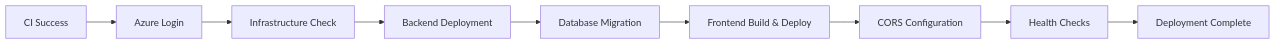
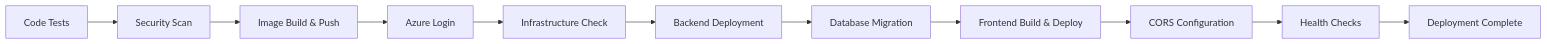
One commit to efeyenice/flame-intro changed the diagram in README.md. Above: the diagram before and after it, drawn with Mermaid. The commit also changed other lines of this file and 1 other file, not shown here.

````diff
--- a/README.md
+++ b/README.md
@@ -81,11 +90,13 @@
 ```mermaid
 graph LR
-    A[CI Success] --> B[Azure Login]
-    B --> C[Infrastructure Check]
-    C --> D[Backend Deployment]
-    D --> E[Database Migration]
-    E --> F[Frontend Build & Deploy]
-    F --> G[CORS Configuration]
-    G --> H[Health Checks]
-    H --> I[Deployment Complete]
+    A[Code Tests] --> B[Security Scan]
+    B --> C[Image Build & Push]
+    C --> D[Azure Login]
+    D --> E[Infrastructure Check]
+    E --> F[Backend Deployment]
+    F --> G[Database Migration]
+    G --> H[Frontend Build & Deploy]
+    H --> I[CORS Configuration]
+    I --> J[Health Checks]
+    J --> K[Deployment Complete]
 ```
````
